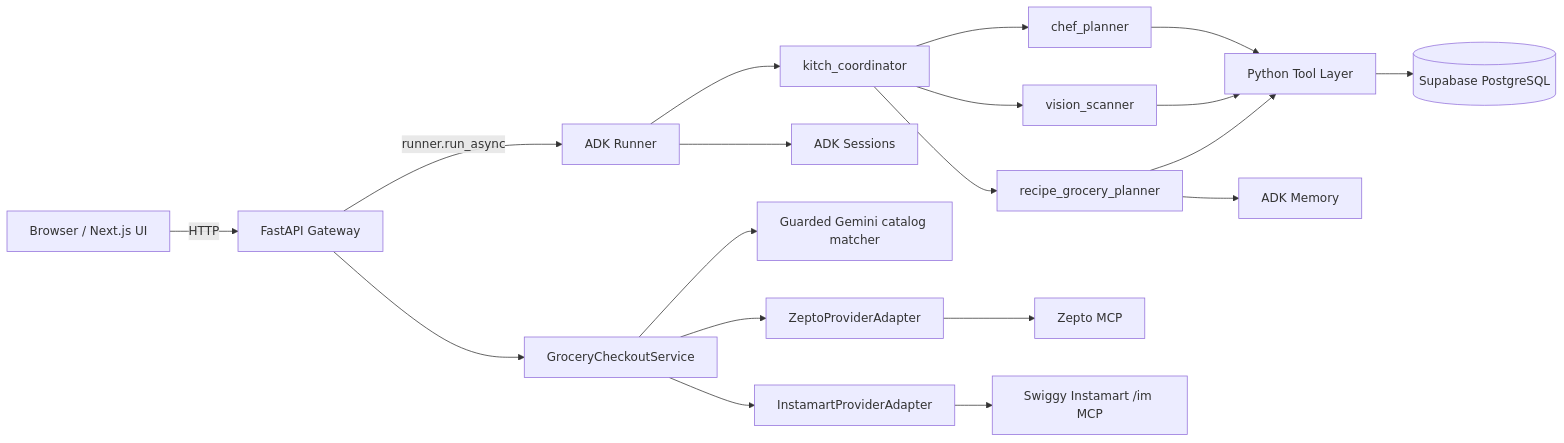
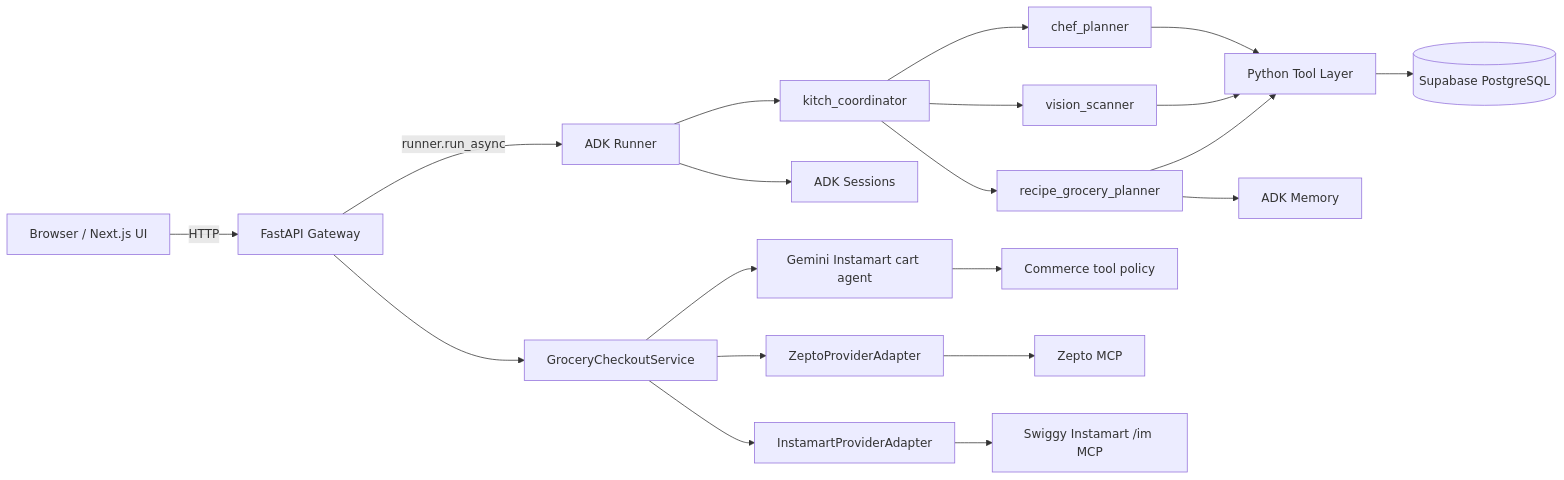
One commit to architworks/meal_and_grocery_agent changed the first of 2 diagrams in docs/current_architecture.md. Above: the diagram before and after it, drawn with Mermaid. The commit also changed other lines of this file and 23 other files, not shown here.

````diff
--- a/docs/current_architecture.md
+++ b/docs/current_architecture.md
@@ -25,24 +25,25 @@
 ```mermaid
 flowchart LR
     Browser[Browser / Next.js UI] -->|HTTP| API[FastAPI Gateway]
     API -->|runner.run_async| Runner[ADK Runner]
     Runner --> Coordinator[kitch_coordinator]
     Coordinator --> Chef[chef_planner]
     Coordinator --> Vision[vision_scanner]
     Coordinator --> RecipeGrocery[recipe_grocery_planner]
 
     Chef --> Tools[Python Tool Layer]
     Vision --> Tools
     RecipeGrocery --> Tools
 
     Tools --> Supabase[(Supabase PostgreSQL)]
     RecipeGrocery --> Memory[ADK Memory]
     Runner --> Sessions[ADK Sessions]
 
     API --> Checkout[GroceryCheckoutService]
-    Checkout --> Matcher[Guarded Gemini catalog matcher]
+    Checkout --> InstamartAgent[Gemini Instamart cart agent]
+    InstamartAgent --> ToolPolicy[Commerce tool policy]
     Checkout --> ZeptoAdapter[ZeptoProviderAdapter]
     Checkout --> InstamartAdapter[InstamartProviderAdapter]
     ZeptoAdapter --> ZeptoMCP[Zepto MCP]
     InstamartAdapter --> InstamartMCP[Swiggy Instamart /im MCP]
 ```
````
